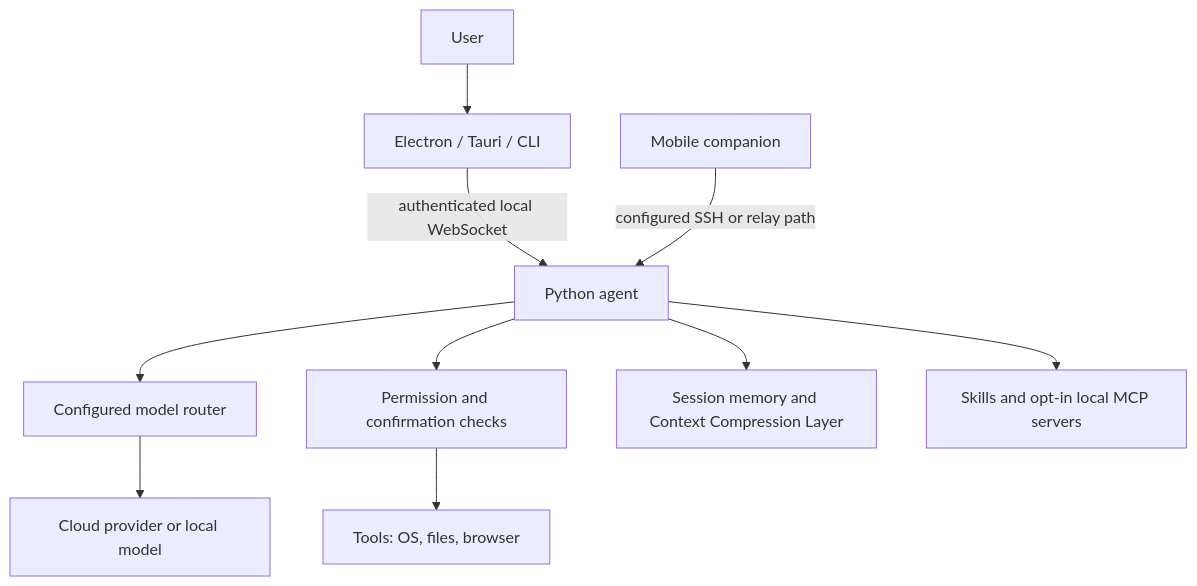
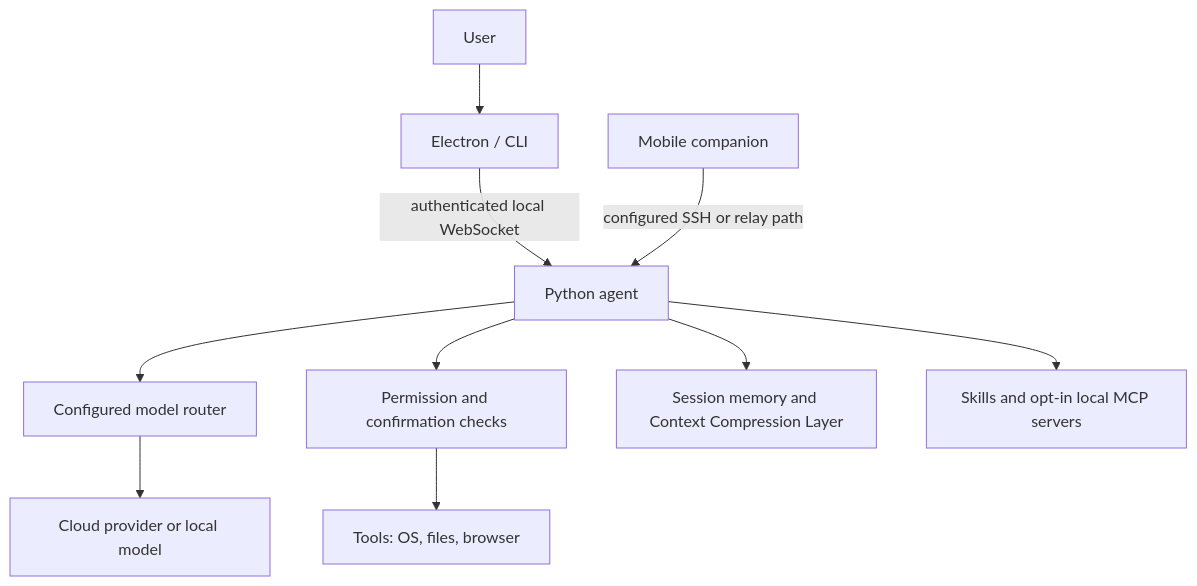
The second of 3 diagrams in README.md (joelpizza0818-blip/Helix-Assitant), drawn with Mermaid before and after one commit. The commit also changed other lines of this file and 121 other files, not shown here.

````diff
--- a/README.md
+++ b/README.md
@@ -152,12 +151,12 @@
 ```mermaid
 flowchart TD
-    U[User] --> UI[Electron / Tauri / CLI]
+    U[User] --> UI[Electron / CLI]
     UI -->|authenticated local WebSocket| A[Python agent]
     M[Mobile companion] -->|configured SSH or relay path| A
     A --> R[Configured model router]
     R --> P[Cloud provider or local model]
     A --> G[Permission and confirmation checks]
     G --> T[Tools: OS, files, browser]
     A --> C[Session memory and Context Compression Layer]
     A --> S[Skills and opt-in local MCP servers]
 ```
````
